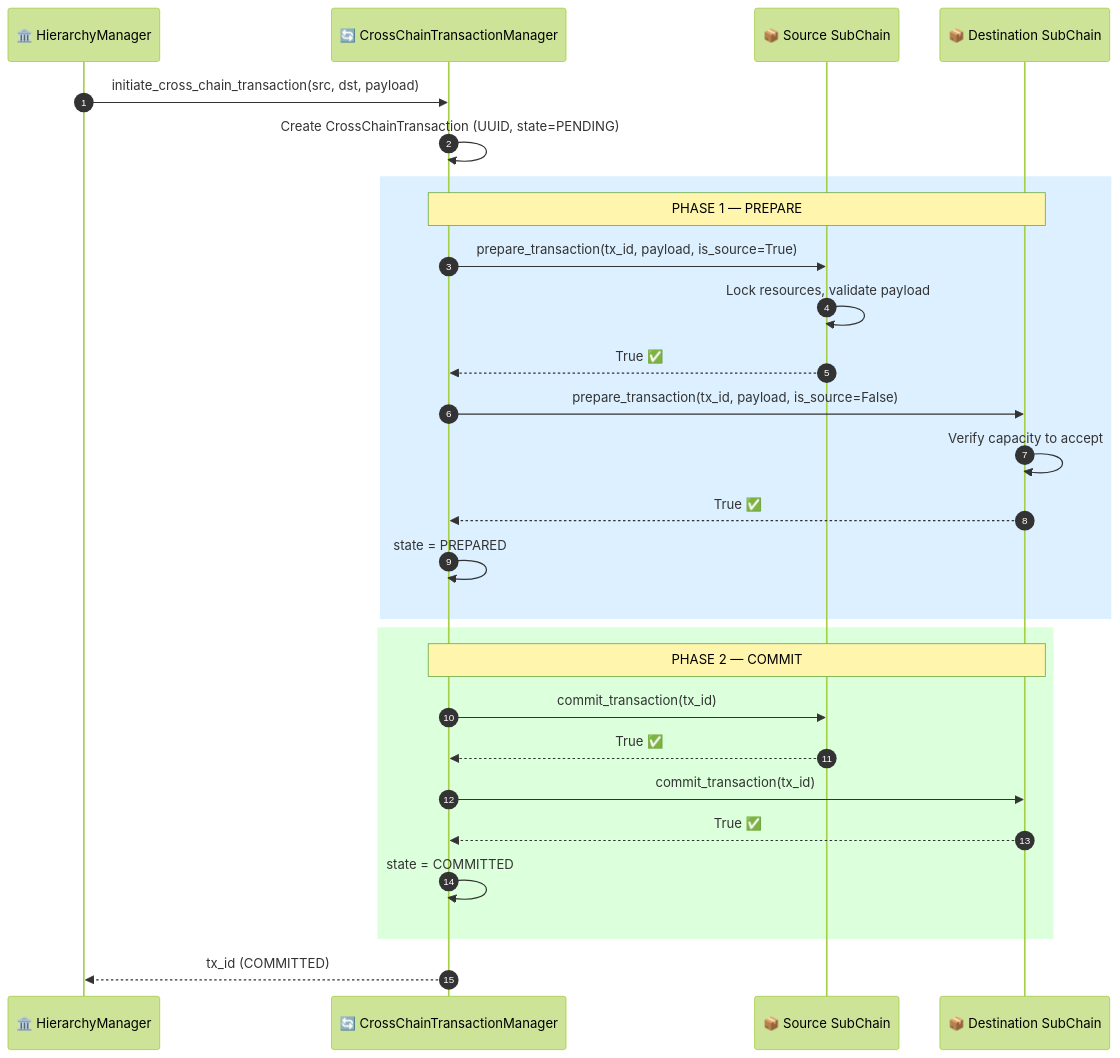
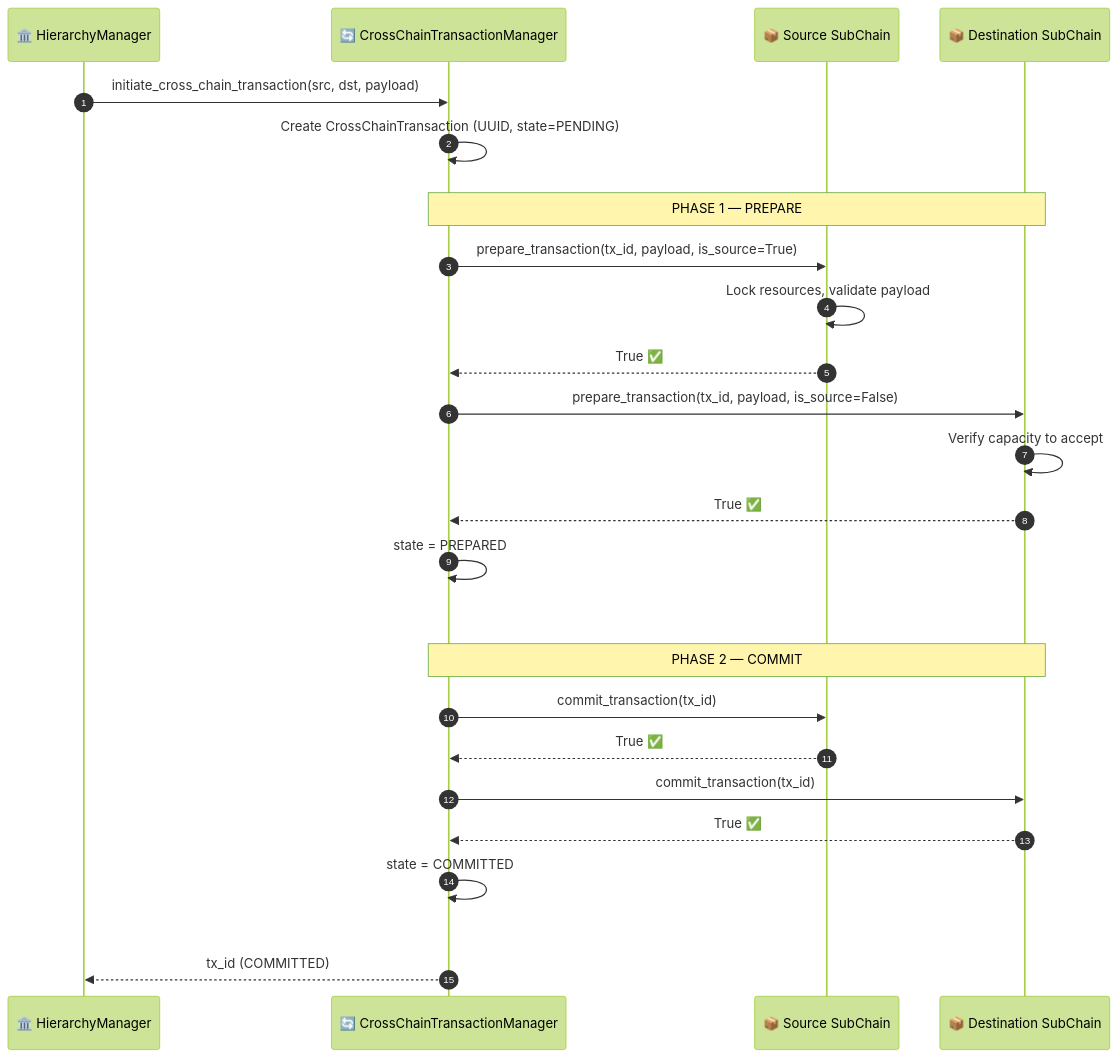
Before and after one commit to VanDung-dev/HieraChain: the first of 3 diagrams in docs/workflows/wf-03-cross-chain-2pc.md, drawn with Mermaid (forest theme). The commit also changed other lines of this file and 7 other files, not shown here.

First line of the commit message:
docs(workflows): standardize sequence diagrams and remove hardcoded styling

````diff
--- a/docs/workflows/wf-03-cross-chain-2pc.md
+++ b/docs/workflows/wf-03-cross-chain-2pc.md
@@ -22,35 +22,35 @@
 ```mermaid
 sequenceDiagram
     autonumber
     participant HM as 🏛️ HierarchyManager
     participant TM as 🔄 CrossChainTransactionManager
     participant SRC as 📦 Source SubChain
     participant DST as 📦 Destination SubChain
 
     HM->>TM: initiate_cross_chain_transaction(src, dst, payload)
     TM->>TM: Create CrossChainTransaction (UUID, state=PENDING)
 
-    rect rgb(220, 240, 255)
+    rect rgb(0, 0, 0, 0)
         Note over TM,DST: PHASE 1 — PREPARE
         TM->>SRC: prepare_transaction(tx_id, payload, is_source=True)
         SRC->>SRC: Lock resources, validate payload
         SRC-->>TM: True ✅
 
         TM->>DST: prepare_transaction(tx_id, payload, is_source=False)
         DST->>DST: Verify capacity to accept
         DST-->>TM: True ✅
 
         TM->>TM: state = PREPARED
     end
 
-    rect rgb(220, 255, 220)
+    rect rgb(0, 0, 0, 0)
         Note over TM,DST: PHASE 2 — COMMIT
         TM->>SRC: commit_transaction(tx_id)
         SRC-->>TM: True ✅
         TM->>DST: commit_transaction(tx_id)
         DST-->>TM: True ✅
         TM->>TM: state = COMMITTED
     end
 
     TM-->>HM: tx_id (COMMITTED)
 ```
````
